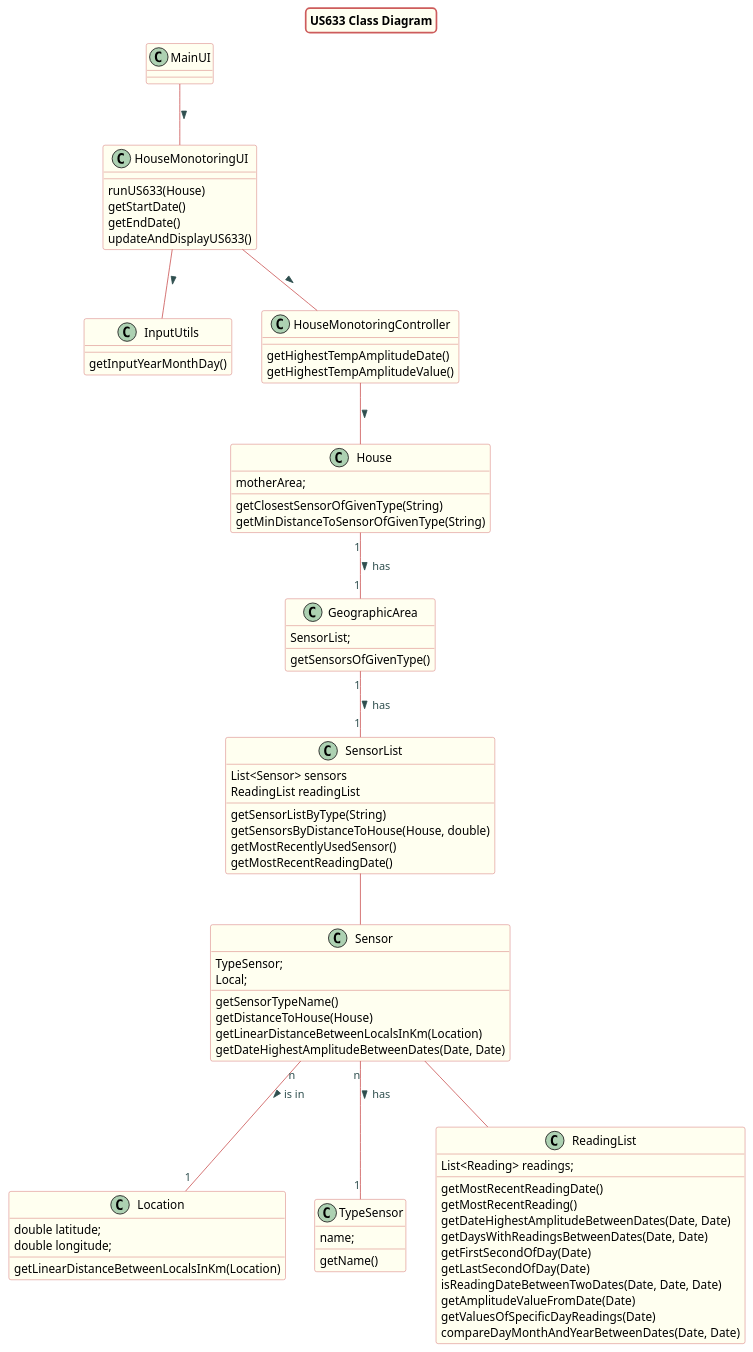
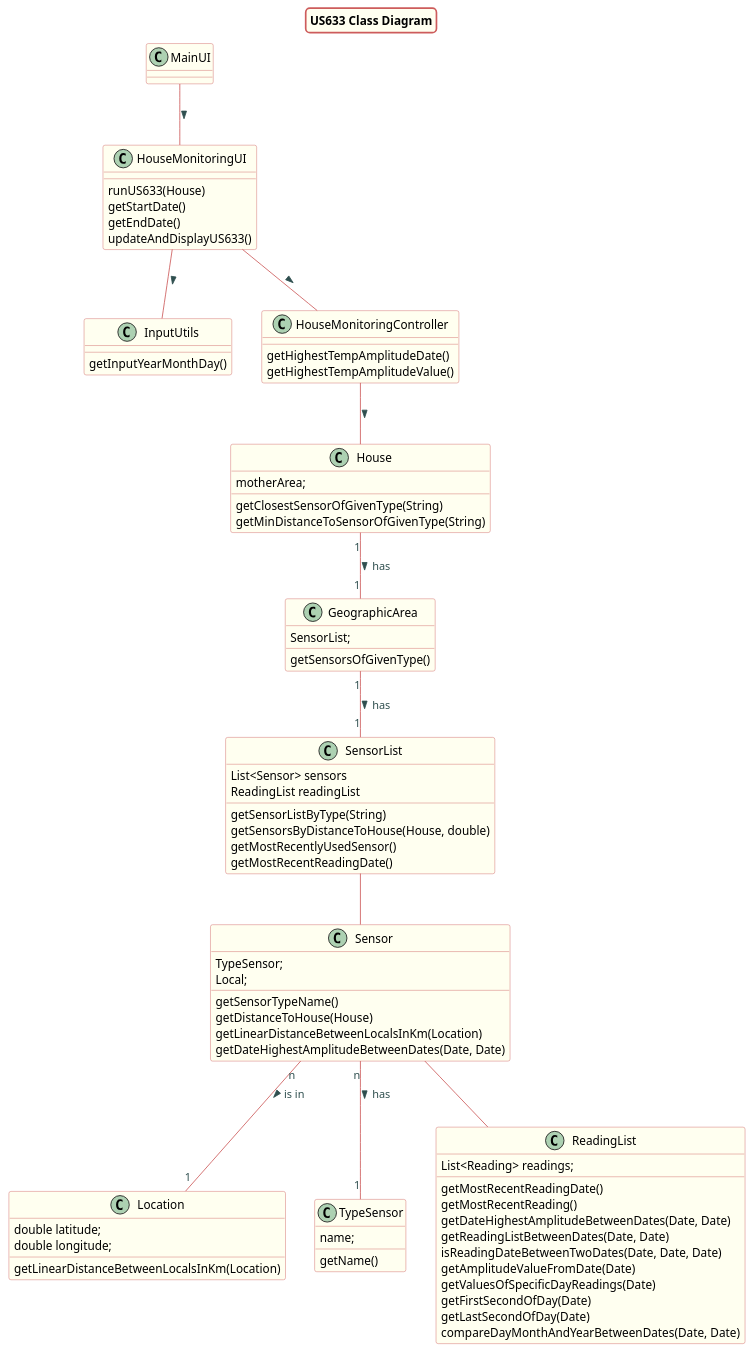
Before and after one commit to Almadanmp/project: the diagram in src/doc/Controllers/HouseMonitoring/US633/US633_cd_HouseMonitoring.puml, drawn with PlantUML. The commit also changed 4 other files, not shown here.

Commit message:
REF #161 updates sequence diagram updates method getDateHighestAmplitudeTemperature

```diff
--- a/src/doc/Controllers/HouseMonitoring/US633/US633_cd_HouseMonitoring.puml
+++ b/src/doc/Controllers/HouseMonitoring/US633/US633_cd_HouseMonitoring.puml
@@ -1,113 +1,113 @@
 @startuml
 title US633 Class Diagram
 
 skinparam titleBorderRoundCorner 10
 skinparam titleBorderThickness 2
 skinparam titleBorderColor indianred
 skinparam titleBackgroundColor ivory
 skinparam FontName verdana
 
 skinparam class {
  	BorderColor indianred
  	BackgroundColor indianred
  	BackgroundColor ivory
     roundcorner 10
     ArrowFontName Verdana
     ArrowColor indianred
     ArrowFontColor darkslategrey
  }
 
 class House
-MainUI -- HouseMonotoringUI : >
-HouseMonotoringUI -- InputUtils : >
-HouseMonotoringUI -- HouseMonotoringController : >
-HouseMonotoringController -- House : >
+MainUI -- HouseMonitoringUI : >
+HouseMonitoringUI -- InputUtils : >
+HouseMonitoringUI -- HouseMonitoringController : >
+HouseMonitoringController -- House : >
 House "1" -- "1" GeographicArea : has >
 GeographicArea "1" -- "1" SensorList : has >
 SensorList -- Sensor
 Sensor "n" -- "1" Location: is in >
 Sensor "n" -- "1" TypeSensor: has >
 Sensor -- ReadingList
 
-class HouseMonotoringUI {
+class HouseMonitoringUI {
 runUS633(House)
 getStartDate()
 getEndDate()
 updateAndDisplayUS633()
 }
 
 class InputUtils{
 getInputYearMonthDay()
 }
 
-class HouseMonotoringController {
+class HouseMonitoringController {
 getHighestTempAmplitudeDate()
 getHighestTempAmplitudeValue()
 }
 
 class House{
 motherArea;
 
 getClosestSensorOfGivenType(String)
 getMinDistanceToSensorOfGivenType(String)
 }
 
 class GeographicArea{
 SensorList;
 
 getSensorsOfGivenType()
 }
 
 class SensorList{
 List<Sensor> sensors
 ReadingList readingList
 
 getSensorListByType(String)
 getSensorsByDistanceToHouse(House, double)
 getMostRecentlyUsedSensor()
 getMostRecentReadingDate()
 }
 
 class Sensor{
 TypeSensor;
 Local;
 
 getSensorTypeName()
 getDistanceToHouse(House)
 getLinearDistanceBetweenLocalsInKm(Location)
 getDateHighestAmplitudeBetweenDates(Date, Date)
 }
 
 class TypeSensor{
 name;
 
 getName()
 }
 
 
 
 class Location{
 double latitude;
 double longitude;
 
 getLinearDistanceBetweenLocalsInKm(Location)
 }
 
 class ReadingList{
 List<Reading> readings;
 
 getMostRecentReadingDate()
 getMostRecentReading()
 getDateHighestAmplitudeBetweenDates(Date, Date)
-getDaysWithReadingsBetweenDates(Date, Date)
-getFirstSecondOfDay(Date)
-getLastSecondOfDay(Date)
+getReadingListBetweenDates(Date, Date)
 isReadingDateBetweenTwoDates(Date, Date, Date)
 getAmplitudeValueFromDate(Date)
 getValuesOfSpecificDayReadings(Date)
+getFirstSecondOfDay(Date)
+getLastSecondOfDay(Date)
 compareDayMonthAndYearBetweenDates(Date, Date)
 
 
 }
 
 @enduml
```
